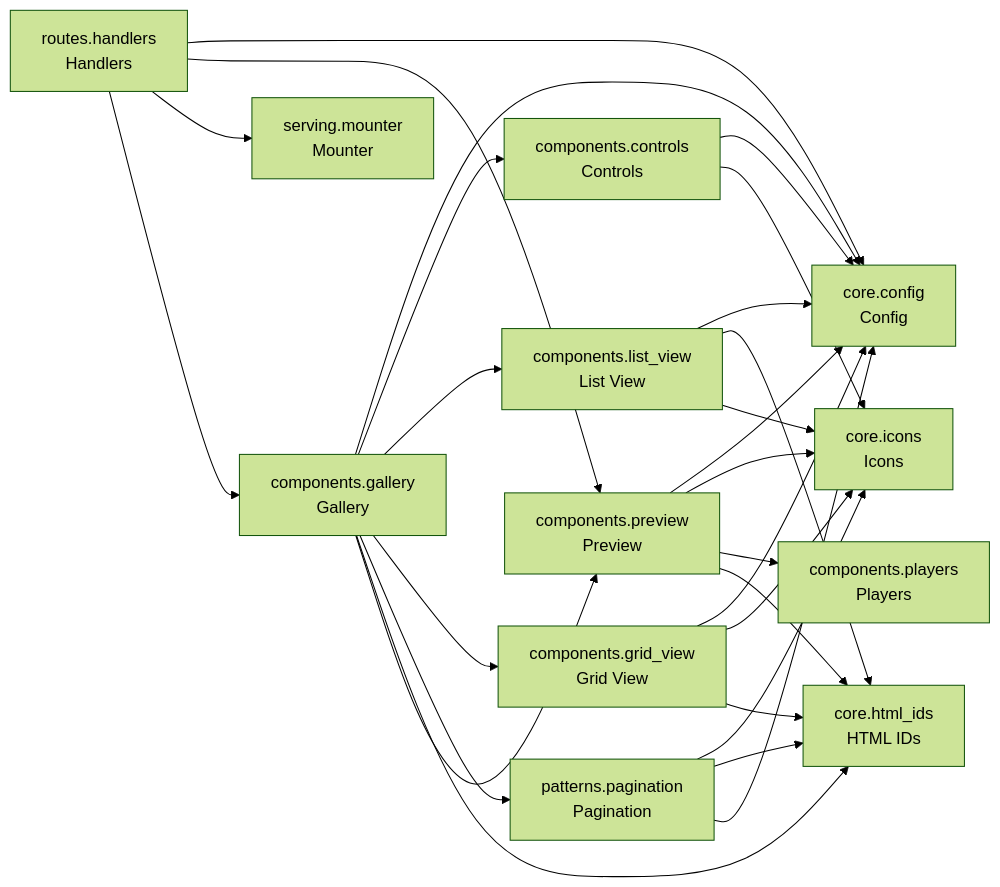
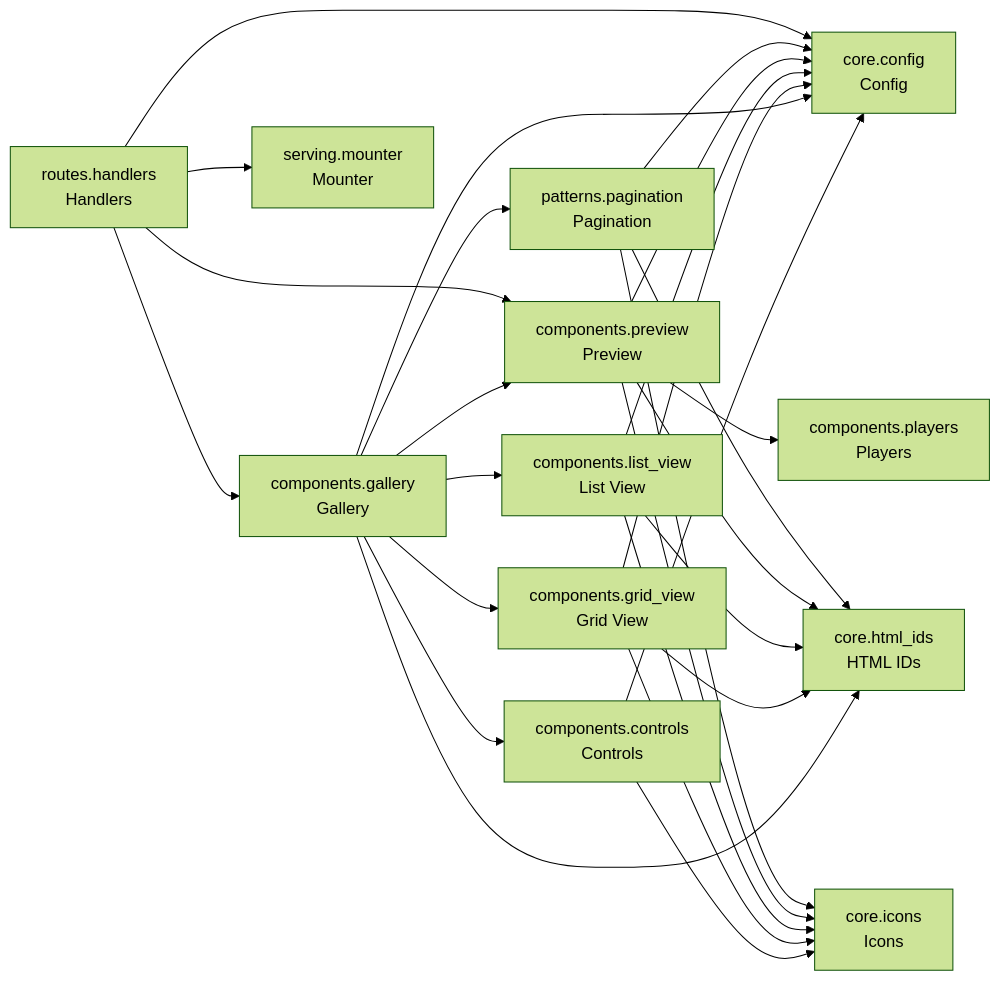
Before and after one commit to cj-mills/cjm-fasthtml-media-gallery: the diagram in README.md, drawn with Mermaid (forest theme). The commit also changed other lines of this file and 12 other files, not shown here.

````diff
--- a/README.md
+++ b/README.md
@@ -37,42 +37,42 @@
 ``` mermaid
 graph LR
     components_controls[components.controls<br/>Controls]
     components_gallery[components.gallery<br/>Gallery]
     components_grid_view[components.grid_view<br/>Grid View]
     components_list_view[components.list_view<br/>List View]
     components_players[components.players<br/>Players]
     components_preview[components.preview<br/>Preview]
     core_config[core.config<br/>Config]
     core_html_ids[core.html_ids<br/>HTML IDs]
     core_icons[core.icons<br/>Icons]
     patterns_pagination[patterns.pagination<br/>Pagination]
     routes_handlers[routes.handlers<br/>Handlers]
     serving_mounter[serving.mounter<br/>Mounter]
 
     components_controls --> core_config
     components_controls --> core_icons
+    components_gallery --> patterns_pagination
     components_gallery --> core_config
+    components_gallery --> components_list_view
+    components_gallery --> core_html_ids
     components_gallery --> components_controls
-    components_gallery --> components_list_view
     components_gallery --> components_grid_view
-    components_gallery --> patterns_pagination
-    components_gallery --> core_html_ids
     components_gallery --> components_preview
     components_grid_view --> core_config
+    components_grid_view --> core_html_ids
     components_grid_view --> core_icons
-    components_grid_view --> core_html_ids
     components_list_view --> core_config
     components_list_view --> core_html_ids
     components_list_view --> core_icons
+    components_preview --> components_players
+    components_preview --> core_html_ids
     components_preview --> core_config
     components_preview --> core_icons
-    components_preview --> components_players
-    components_preview --> core_html_ids
+    patterns_pagination --> core_config
+    patterns_pagination --> core_html_ids
     patterns_pagination --> core_icons
-    patterns_pagination --> core_html_ids
-    patterns_pagination --> core_config
     routes_handlers --> core_config
+    routes_handlers --> serving_mounter
     routes_handlers --> components_preview
-    routes_handlers --> serving_mounter
     routes_handlers --> components_gallery
 ```
````
